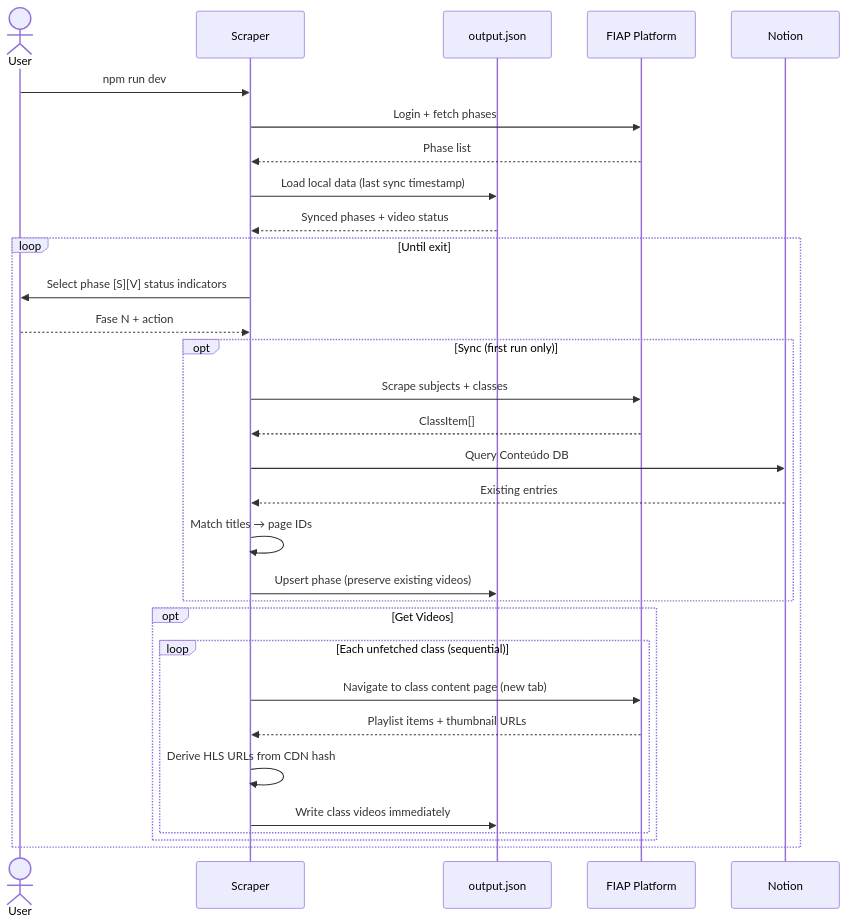
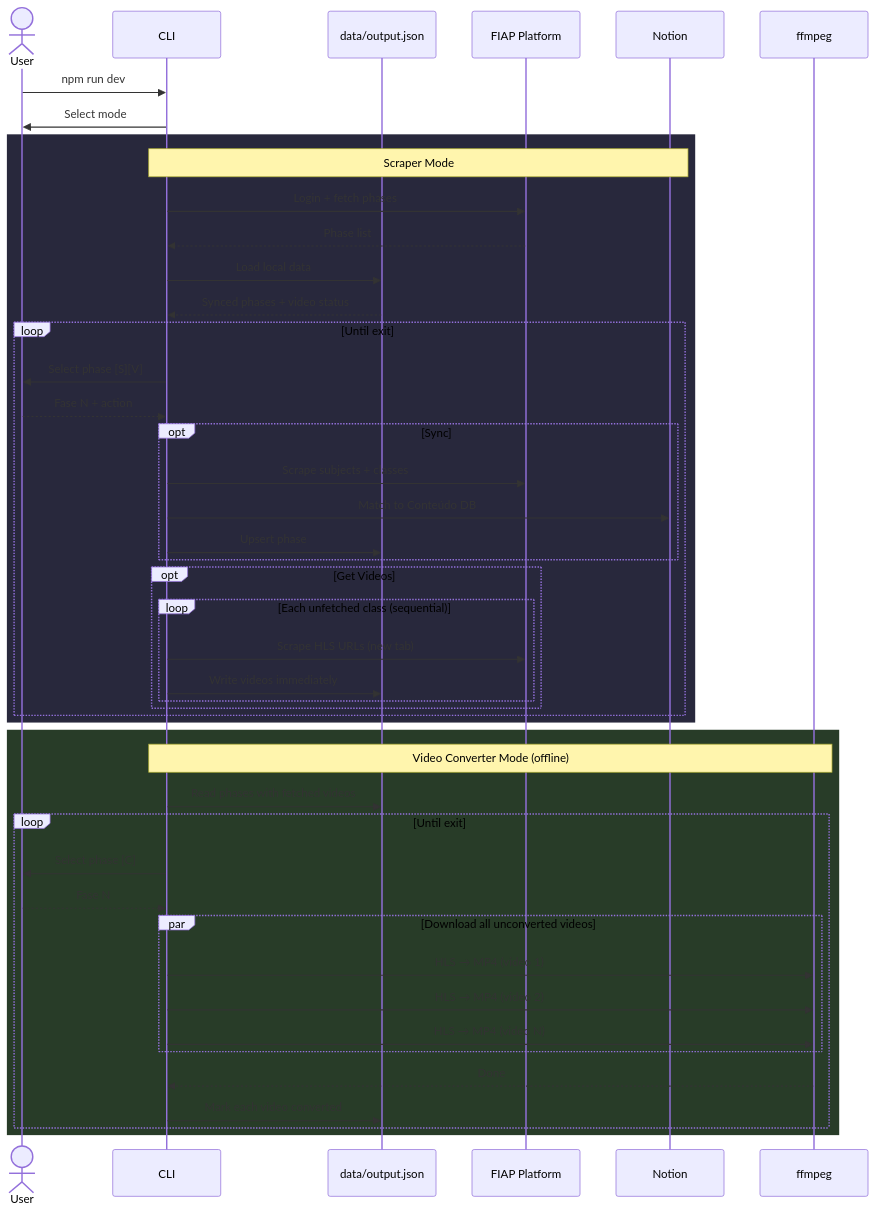
One commit to K-Schaeffer/fiap-to-notion changed the first of 2 diagrams in README.md. Above: the diagram before and after it, drawn with Mermaid. The commit also changed other lines of this file and 1 other file, not shown here.

Commit message:
docs: update CLAUDE.md and README for video converter
- Document two-mode architecture (Scraper + Video Converter)
- Add Video Conversion section: ffmpeg requirement, parallel downloads,
  output structure, converted flag lifecycle
- Update CLI Structure section with mode selector and converter markers
- Split CloudFront strategy: sequential scraping vs parallel downloads
- Fix data path references (output/ → data/)
- Update README: new description, Mermaid diagram with both flows,
  ffmpeg in prerequisites, Output section with directory structure

````diff
--- a/README.md
+++ b/README.md
@@ -19,37 +24,56 @@
 ```mermaid
 sequenceDiagram
     actor user as User
-    participant scraper as Scraper
-    participant state as output.json
+    participant cli as CLI
+    participant state as data/output.json
     participant fiap as FIAP Platform
     participant notion as Notion
+    participant ffmpeg as ffmpeg
 
-    user->>scraper: npm run dev
-    scraper->>fiap: Login + fetch phases
-    fiap-->>scraper: Phase list
-    scraper->>state: Load local data (last sync timestamp)
-    state-->>scraper: Synced phases + video status
+    user->>cli: npm run dev
+    cli->>user: Select mode
 
-    loop Until exit
-        scraper->>user: Select phase [S][V] status indicators
-        user-->>scraper: Fase N + action
+    rect rgb(40, 40, 60)
+        Note over cli,notion: Scraper Mode
+        cli->>fiap: Login + fetch phases
+        fiap-->>cli: Phase list
+        cli->>state: Load local data
+        state-->>cli: Synced phases + video status
 
-        opt Sync (first run only)
-            scraper->>fiap: Scrape subjects + classes
-            fiap-->>scraper: ClassItem[]
-            scraper->>notion: Query Conteúdo DB
-            notion-->>scraper: Existing entries
-            scraper->>scraper: Match titles → page IDs
-            scraper->>state: Upsert phase (preserve existing videos)
-        end
+        loop Until exit
+            cli->>user: Select phase [S][V]
+            user-->>cli: Fase N + action
 
-        opt Get Videos
-            loop Each unfetched class (sequential)
-                scraper->>fiap: Navigate to class content page (new tab)
-                fiap-->>scraper: Playlist items + thumbnail URLs
-                scraper->>scraper: Derive HLS URLs from CDN hash
-                scraper->>state: Write class videos immediately
+            opt Sync
+                cli->>fiap: Scrape subjects + classes
+                cli->>notion: Match to Conteúdo DB
+                cli->>state: Upsert phase
+            end
+
+            opt Get Videos
+                loop Each unfetched class (sequential)
+                    cli->>fiap: Scrape HLS URLs (new tab)
+                    cli->>state: Write videos immediately
+                end
             end
         end
     end
+
+    rect rgb(40, 60, 40)
+        Note over cli,ffmpeg: Video Converter Mode (offline)
+        cli->>state: Read phases with fetched videos
+
+        loop Until exit
+            cli->>user: Select phase [C]
+            user-->>cli: Fase N
+
+            par Download all unconverted videos
+                cli->>ffmpeg: HLS → MP4 (video 1)
+                cli->>ffmpeg: HLS → MP4 (video 2)
+                cli->>ffmpeg: HLS → MP4 (video N)
+            end
+            ffmpeg-->>cli: Done
+            cli->>state: Mark each video converted
+        end
+    end
 ```
````
